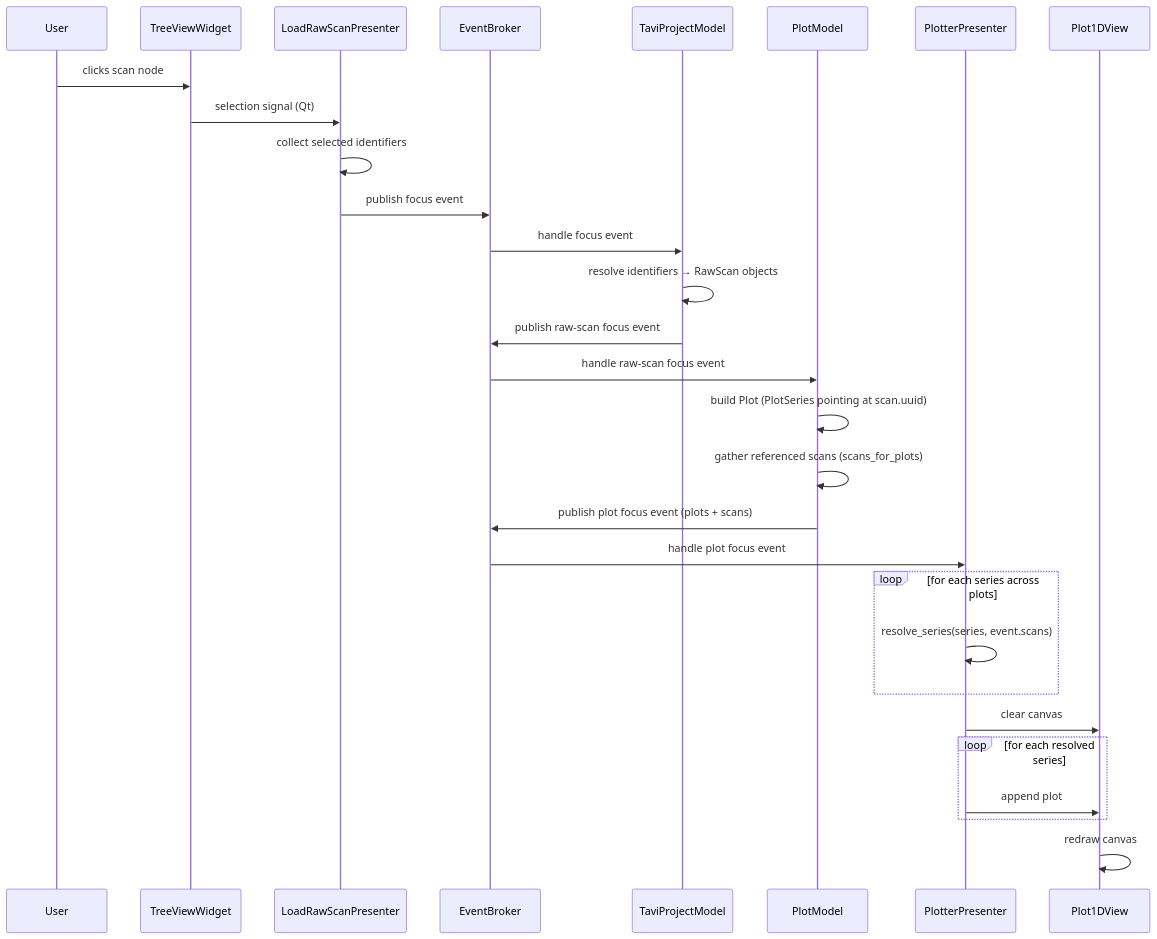
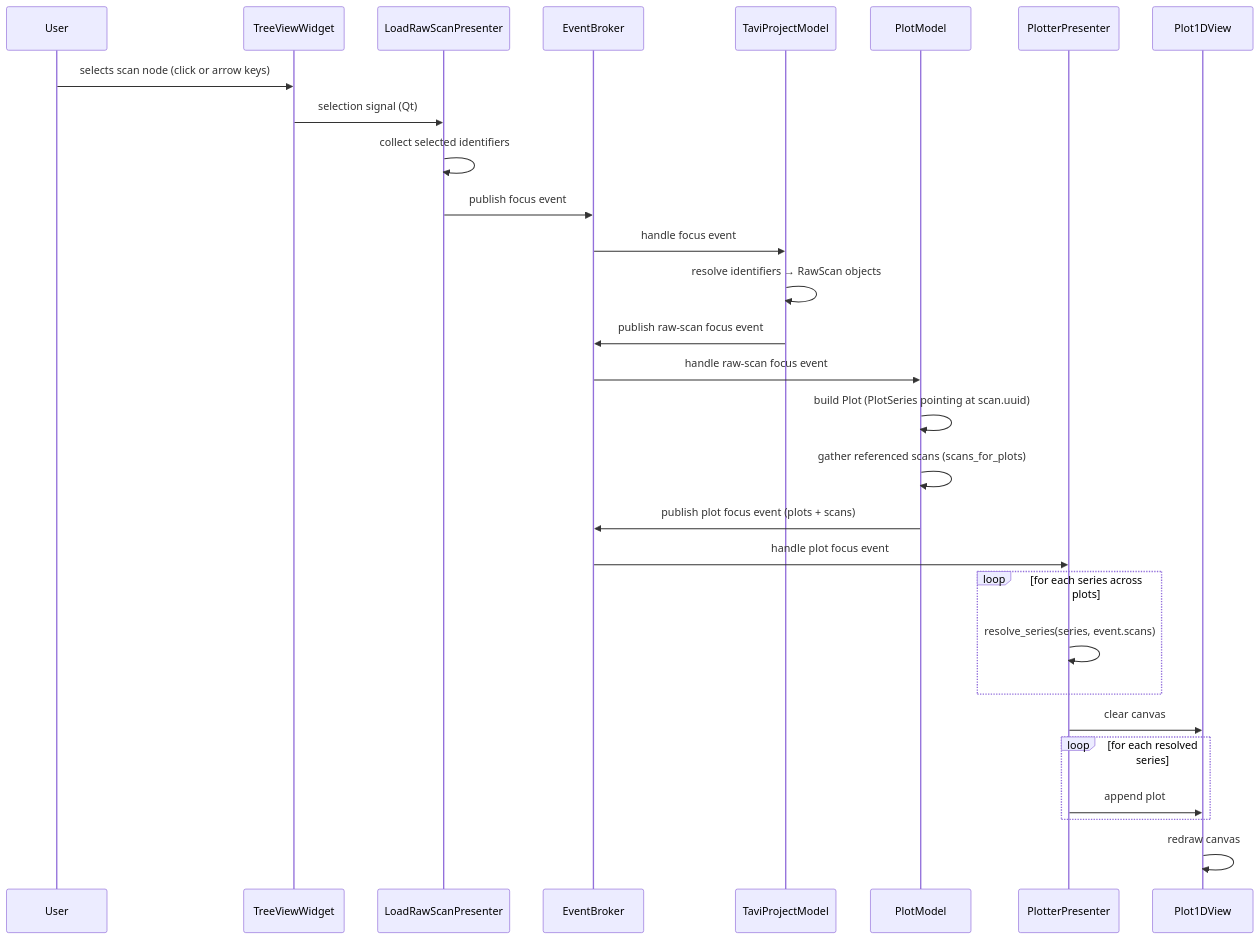
Before and after one commit to neutrons/TAVI: the first of 2 diagrams in docs/source/design/frontend/visualization_flow.rst, drawn with Mermaid. The commit also changed other lines of this file and 2 other files, not shown here.

Commit message:
update selection logic to include focus change from walking runs with arrow keys

```diff
--- a/docs/source/design/frontend/visualization_flow.rst
+++ b/docs/source/design/frontend/visualization_flow.rst
@@ -45,35 +45,35 @@
 .. mermaid::
 
     sequenceDiagram
         participant User
         participant TreeViewWidget
         participant LoadRawScanPresenter
         participant EventBroker
         participant TaviProjectModel
         participant PlotModel
         participant PlotterPresenter
         participant Plot1DView
 
-        User ->> TreeViewWidget: clicks scan node
+        User ->> TreeViewWidget: selects scan node (click or arrow keys)
         TreeViewWidget ->> LoadRawScanPresenter: selection signal (Qt)
         LoadRawScanPresenter ->> LoadRawScanPresenter: collect selected identifiers
         LoadRawScanPresenter ->> EventBroker: publish focus event
 
         EventBroker ->> TaviProjectModel: handle focus event
         TaviProjectModel ->> TaviProjectModel: resolve identifiers → RawScan objects
         TaviProjectModel ->> EventBroker: publish raw-scan focus event
 
         EventBroker ->> PlotModel: handle raw-scan focus event
         PlotModel ->> PlotModel: build Plot (PlotSeries pointing at scan.uuid)
         PlotModel ->> PlotModel: gather referenced scans (scans_for_plots)
         PlotModel ->> EventBroker: publish plot focus event (plots + scans)
 
         EventBroker ->> PlotterPresenter: handle plot focus event
         loop for each series across plots
             PlotterPresenter ->> PlotterPresenter: resolve_series(series, event.scans)
         end
         PlotterPresenter ->> Plot1DView: clear canvas
         loop for each resolved series
             PlotterPresenter ->> Plot1DView: append plot
         end
         Plot1DView ->> Plot1DView: redraw canvas
```
